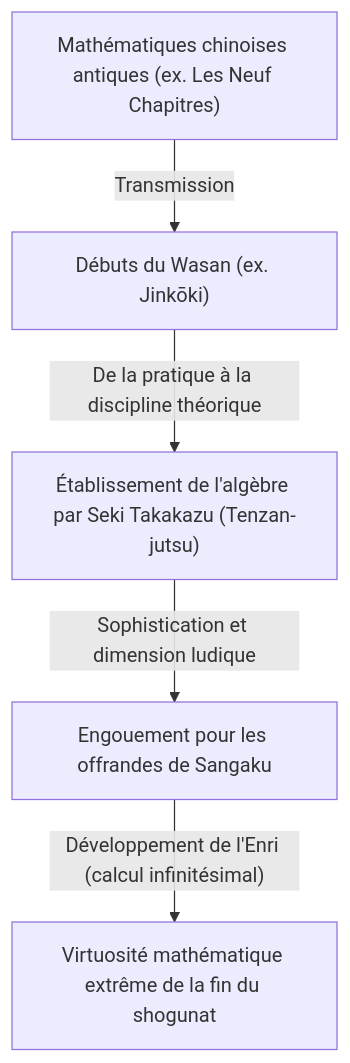
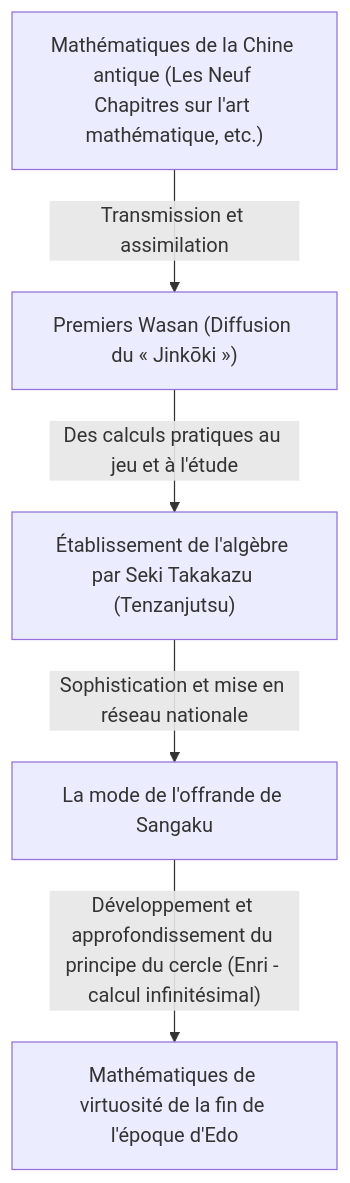
The first of 2 diagrams in content/post/history-of-wasan-japanese-mathematics/index.fr.md (kenjinote/blog), drawn with Mermaid before and after one commit. The commit also changed other lines of this file and 129 other files, not shown here.

````diff
--- a/content/post/history-of-wasan-japanese-mathematics/index.fr.md
+++ b/content/post/history-of-wasan-japanese-mathematics/index.fr.md
@@ -17,7 +25,7 @@
 ```mermaid
 graph TD
-    A["Mathématiques chinoises antiques (ex. Les Neuf Chapitres)"] -- "Transmission" --> B["Débuts du Wasan (ex. Jinkōki)"]
-    B -- "De la pratique à la discipline théorique" --> C["Établissement de l'algèbre par Seki Takakazu (Tenzan-jutsu)"]
-    C -- "Sophistication et dimension ludique" --> D["Engouement pour les offrandes de Sangaku"]
-    D -- "Développement de l'Enri (calcul infinitésimal)" --> E["Virtuosité mathématique extrême de la fin du shogunat"]
+    A["Mathématiques de la Chine antique (Les Neuf Chapitres sur l'art mathématique, etc.)"] -- "Transmission et assimilation" --> B["Premiers Wasan (Diffusion du « Jinkōki »)"]
+    B -- "Des calculs pratiques au jeu et à l'étude" --> C["Établissement de l'algèbre par Seki Takakazu (Tenzanjutsu)"]
+    C -- "Sophistication et mise en réseau nationale" --> D["La mode de l'offrande de Sangaku"]
+    D -- "Développement et approfondissement du principe du cercle (Enri - calcul infinitésimal)" --> E["Mathématiques de virtuosité de la fin de l'époque d'Edo"]
 ```
````
